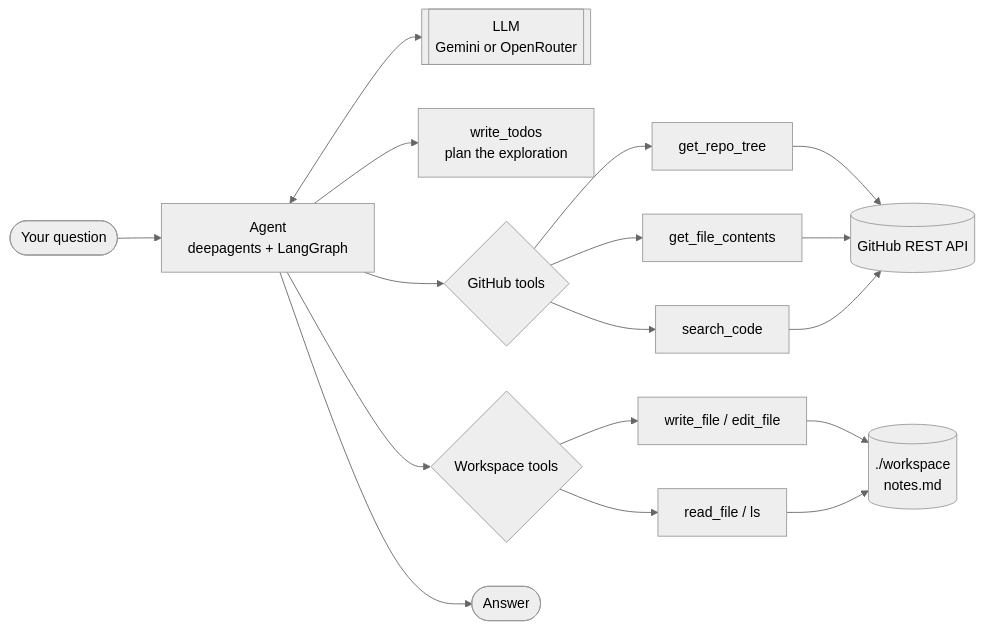
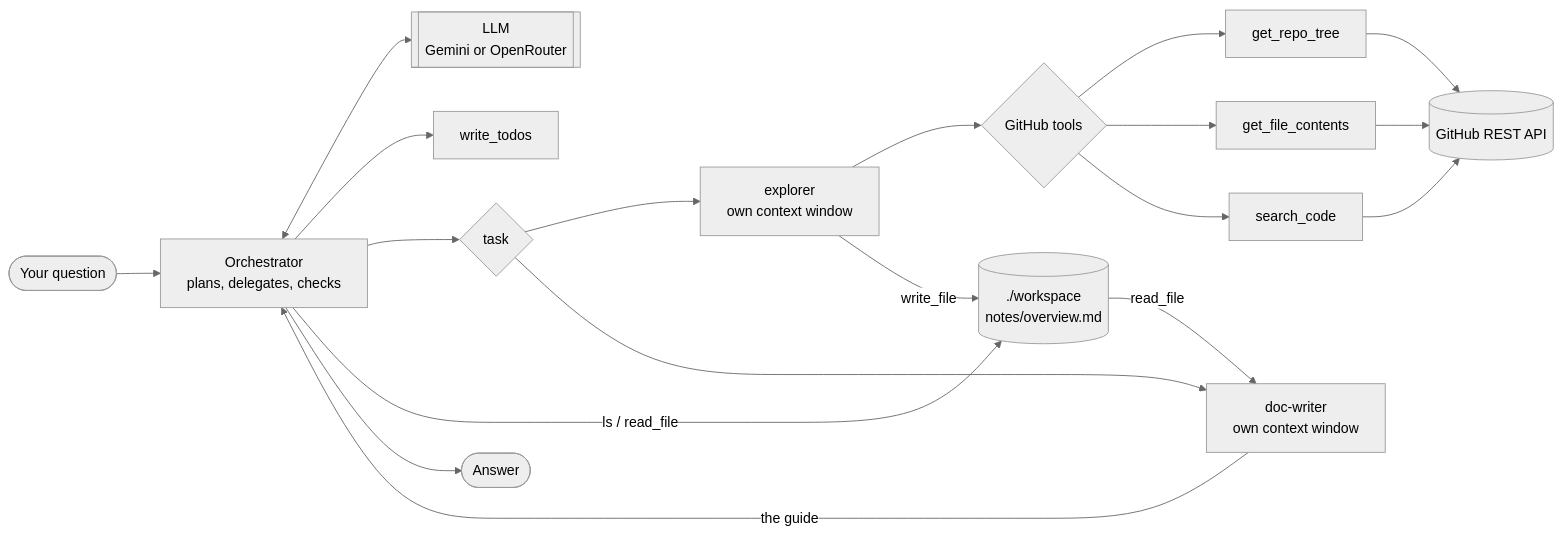
Before and after one commit to ArchitKandu/repo-cartographer: the diagram in README.md, drawn with Mermaid (neutral theme). The commit also changed other lines of this file and 4 other files, not shown here.

````diff
--- a/README.md
+++ b/README.md
@@ -83,16 +128,19 @@
 ```mermaid
 flowchart LR
-    U([Your question]) --> A[Agent<br/>deepagents + LangGraph]
+    U([Your question]) --> A[Orchestrator<br/>plans, delegates, checks]
     A <--> M[["LLM<br/>Gemini or OpenRouter"]]
-    A --> P[write_todos<br/>plan the exploration]
-    A --> T{GitHub tools}
+    A --> P[write_todos]
+    A --> K{task}
+    K --> E[explorer<br/>own context window]
+    K --> C[doc-writer<br/>own context window]
+    E --> T{GitHub tools}
     T --> T1[get_repo_tree]
     T --> T2[get_file_contents]
     T --> T3[search_code]
     T1 & T2 & T3 --> G[(GitHub REST API)]
-    A --> W{Workspace tools}
-    W --> W1[write_file / edit_file]
-    W --> W2[read_file / ls]
-    W1 & W2 --> D[("./workspace<br/>notes.md")]
+    E -- write_file --> D[("./workspace<br/>notes/overview.md")]
+    D -- read_file --> C
+    A -- ls / read_file --> D
+    C -- the guide --> A
     A --> R([Answer])
 ```
````
